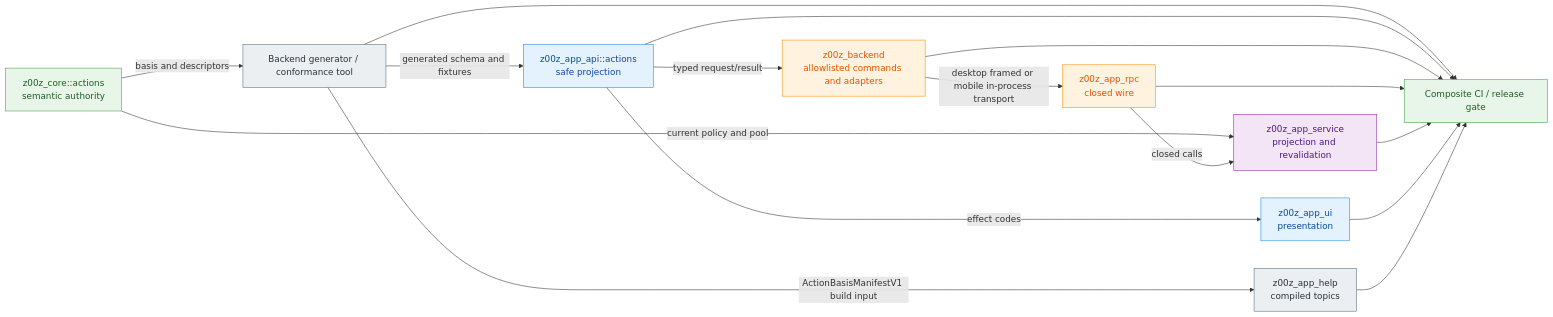
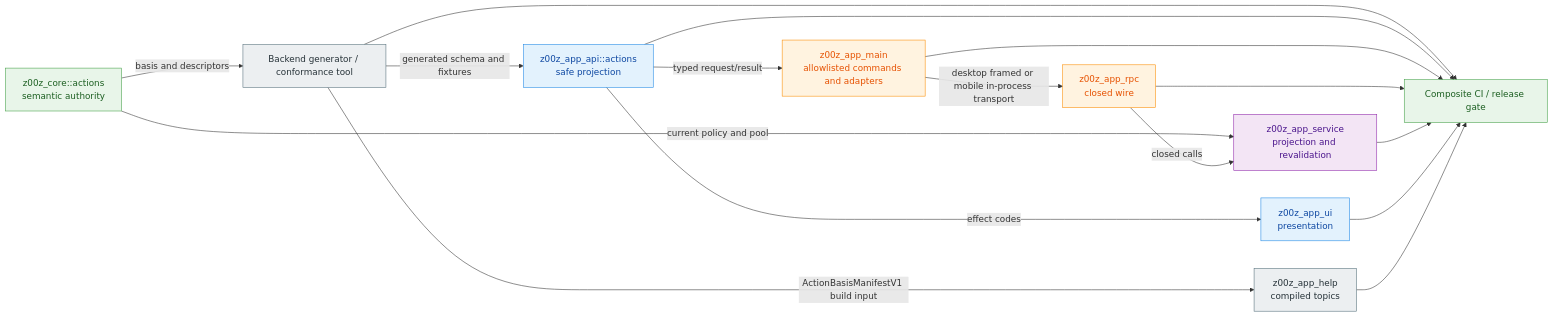
Before and after one commit to z00z-labs/z00z: the second of 4 diagrams in docs/tech-papers/Z00Z-Actions-Pool-Spec.md, drawn with Mermaid. The commit also changed other lines of this file and 188 other files, not shown here.

````diff
--- a/docs/tech-papers/Z00Z-Actions-Pool-Spec.md
+++ b/docs/tech-papers/Z00Z-Actions-Pool-Spec.md
@@ -435,38 +435,38 @@
 ```mermaid
 flowchart LR
   Core["z00z_core::actions<br/>semantic authority"]
   Gen["Backend generator / conformance tool"]
   Api["z00z_app_api::actions<br/>safe projection"]
-  Platform["z00z_backend<br/>allowlisted commands and adapters"]
+  Platform["z00z_app_main<br/>allowlisted commands and adapters"]
   Rpc["z00z_app_rpc<br/>closed wire"]
   Service["z00z_app_service<br/>projection and revalidation"]
   Ui["z00z_app_ui<br/>presentation"]
   Help["z00z_app_help<br/>compiled topics"]
   Gate["Composite CI / release gate"]
 
   Core -->|basis and descriptors| Gen
   Gen -->|ActionBasisManifestV1 build input| Help
   Gen -->|generated schema and fixtures| Api
   Api -->|typed request/result| Platform
   Platform -->|desktop framed or mobile in-process transport| Rpc
   Core -->|current policy and pool| Service
   Rpc -->|closed calls| Service
   Api -->|effect codes| Ui
   Gen --> Gate
   Api --> Gate
   Platform --> Gate
   Rpc --> Gate
   Service --> Gate
   Ui --> Gate
   Help --> Gate
 
   style Core fill:#E8F5E9,stroke:#43A047,stroke-width:1px,color:#1B5E20
   style Gen fill:#ECEFF1,stroke:#546E7A,stroke-width:1px,color:#263238
   style Api fill:#E3F2FD,stroke:#1E88E5,stroke-width:1px,color:#0D47A1
   style Platform fill:#FFF3E0,stroke:#FB8C00,stroke-width:1px,color:#E65100
   style Rpc fill:#FFF3E0,stroke:#FB8C00,stroke-width:1px,color:#E65100
   style Service fill:#F3E5F5,stroke:#8E24AA,stroke-width:1px,color:#4A148C
   style Ui fill:#E3F2FD,stroke:#1E88E5,stroke-width:1px,color:#0D47A1
   style Help fill:#ECEFF1,stroke:#546E7A,stroke-width:1px,color:#263238
   style Gate fill:#E8F5E9,stroke:#43A047,stroke-width:1px,color:#1B5E20
 ```
````
